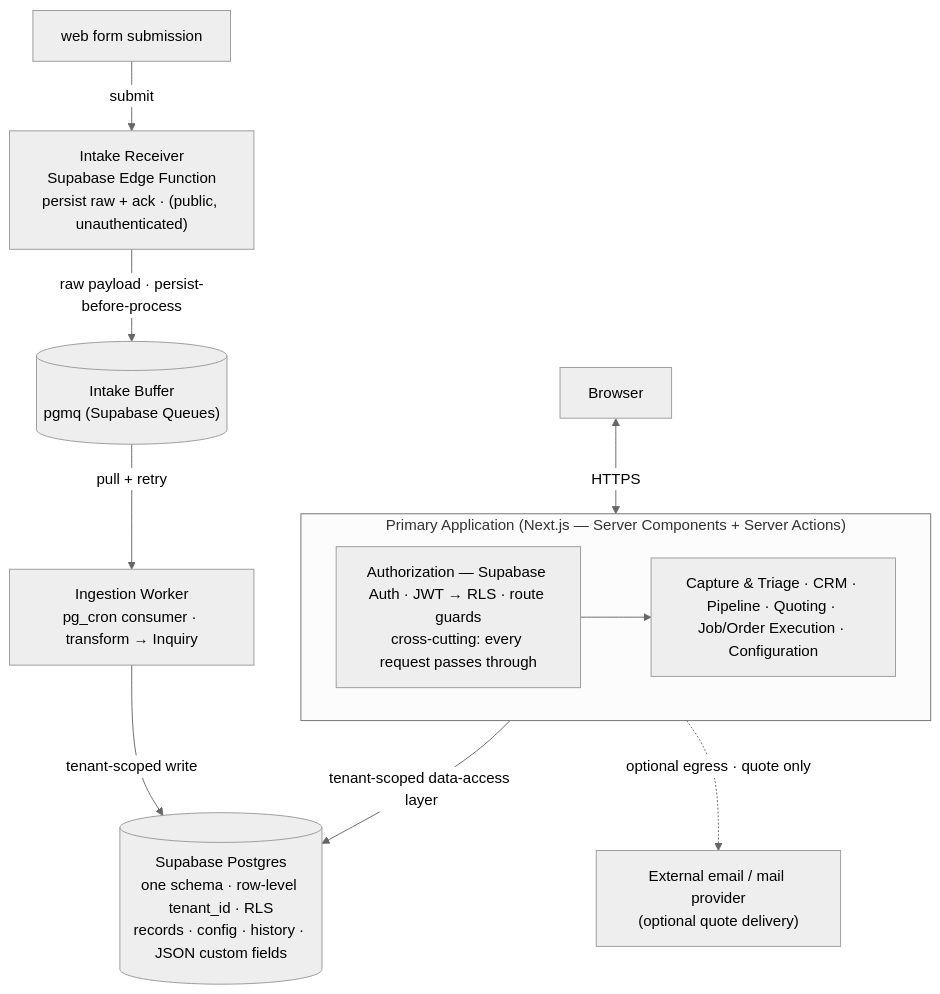
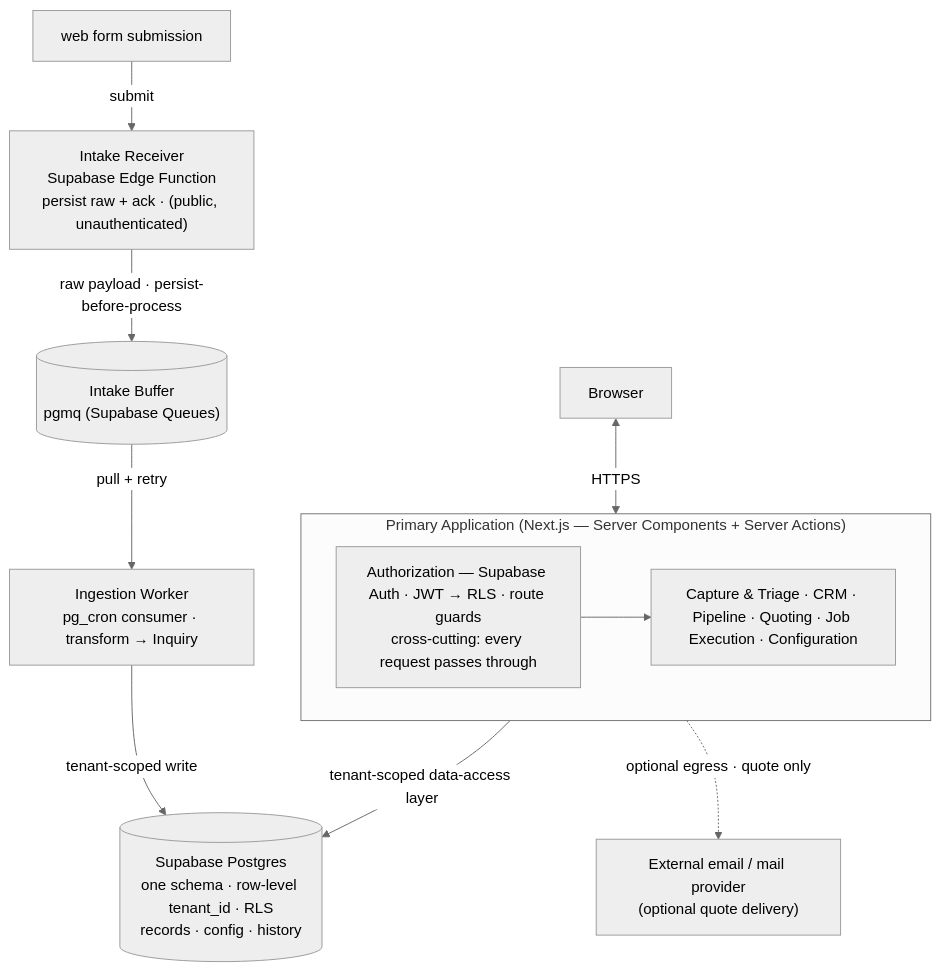
Before and after one commit to Cueserve/cs-cueviksync: the first of 3 diagrams in docs/ARCHITECTURE.md, drawn with Mermaid (neutral theme). The commit also changed other lines of this file and 8 other files, not shown here.

````diff
--- a/docs/ARCHITECTURE.md
+++ b/docs/ARCHITECTURE.md
@@ -52,26 +52,26 @@
 ```mermaid
 flowchart TB
     form["web form submission"]
     browser["Browser"]
 
     receiver["Intake Receiver<br/>Supabase Edge Function<br/>persist raw + ack · (public, unauthenticated)"]
     buffer[("Intake Buffer<br/>pgmq (Supabase Queues)")]
     worker["Ingestion Worker<br/>pg_cron consumer · transform → Inquiry"]
 
     subgraph app["Primary Application (Next.js — Server Components + Server Actions)"]
         authz["Authorization — Supabase Auth · JWT → RLS · route guards<br/>cross-cutting: every request passes through"]
-        modules["Capture &amp; Triage · CRM · Pipeline · Quoting · Job/Order Execution · Configuration"]
+        modules["Capture &amp; Triage · CRM · Pipeline · Quoting · Job Execution · Configuration"]
         authz --> modules
     end
 
-    store[("Supabase Postgres<br/>one schema · row-level tenant_id · RLS<br/>records · config · history · JSON custom fields")]
+    store[("Supabase Postgres<br/>one schema · row-level tenant_id · RLS<br/>records · config · history")]
     ext["External email / mail provider<br/>(optional quote delivery)"]
 
     form -->|"submit"| receiver
     receiver -->|"raw payload · persist-before-process"| buffer
     buffer -->|"pull + retry"| worker
     worker -->|"tenant-scoped write"| store
     browser <-->|"HTTPS"| app
     app -->|"tenant-scoped data-access layer"| store
     app -.->|"optional egress · quote only"| ext
 ```
````
